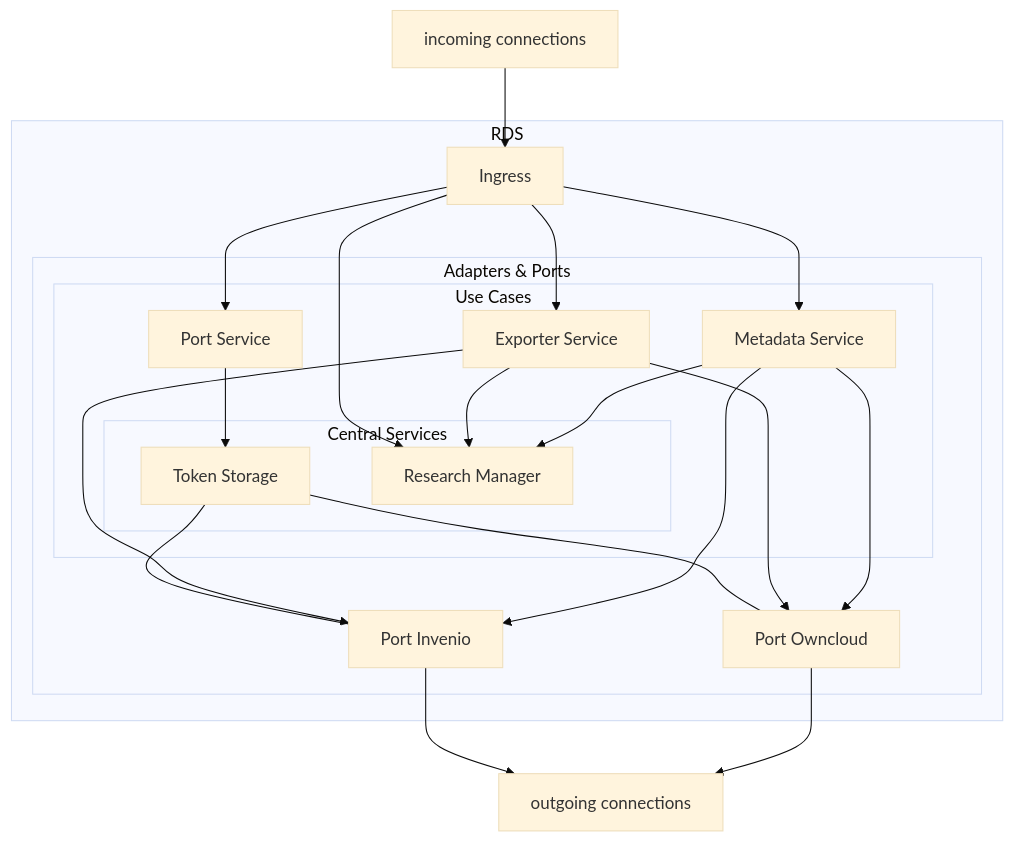
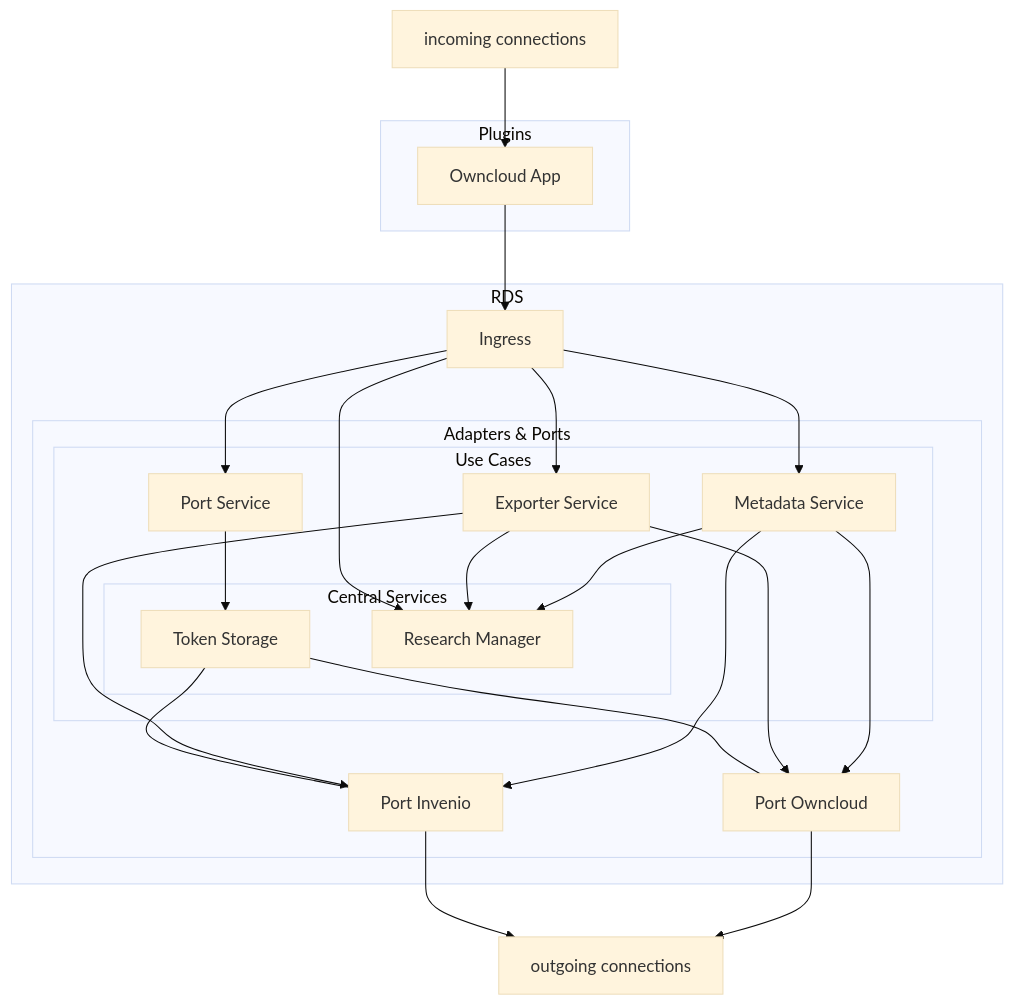
One commit to Sciebo-RDS/Sciebo-RDS changed the diagram in docs/content/doc/impl/infrastructure/ecosystem.md. Above: the diagram before and after it, drawn with Mermaid (base theme). The commit also changed 1 other file, not shown here.

Commit message:
update ecosystem

````diff
--- a/docs/content/doc/impl/infrastructure/ecosystem.md
+++ b/docs/content/doc/impl/infrastructure/ecosystem.md
@@ -18,62 +18,67 @@
 ```mermaid
 graph TD;
   %% define nodes
 
-  WWWI[incoming connections]
+  subgraph Plugins
+      OP[Owncloud App]
+  end
+
 
   subgraph RDS
     Ingress
 
     subgraph Adapters & Ports
       %% SPAEx[SPA Exporter]
       %% SPATS[SPA Token Storage]
 
       PInvenio[Port Invenio]
       POwncloud[Port Owncloud]
 
       subgraph Use Cases
         UCExporter[Exporter Service]
         UCPort[Port Service]
         UCMetadata[Metadata Service]
         %% UCProject[Project Service]
 
         subgraph Central Services
           CSToken[Token Storage]
           CSProject[Research Manager]
         end
       end
     end
   end
 
+  WWWI[incoming connections]
   WWWO[outgoing connections]
 
   click PInvenio "/doc/impl/ports/port-invenio"
   click POwncloud "/doc/impl/ports/port-storage"
 
   click UCPort "/doc/impl/use-cases/port-service"
   click UCExporter "/doc/impl/use-cases/exporter"
   click UCMetadata "/doc/impl/use-cases/metadata"
 
   click CSProject "/doc/impl/central/research-manager"
   click CSToken ""/doc/impl/central/token-storage""
 
   %% define connections
-  WWWI --> Ingress
+  WWWI --> OP
+  OP --> Ingress
 
   %% Ingress --> SPAEx --> UCExporter
   %% Ingress --> SPATS --> CSToken
   %% Ingress -->|Nur für die Registration von neuen Tokens| ARegister
   Ingress --> CSProject & UCExporter & UCMetadata & UCPort
 
   %% UCExporter --> UCProject
   %% UCProject --> CSProject
   UCPort --> CSToken
 
   CSToken --- PInvenio & POwncloud
   UCExporter & UCMetadata --> PInvenio & POwncloud & CSProject
 
   %% PInvenio --> POwncloud
 
   PInvenio --> WWWO
   POwncloud --> WWWO
 ```
````
